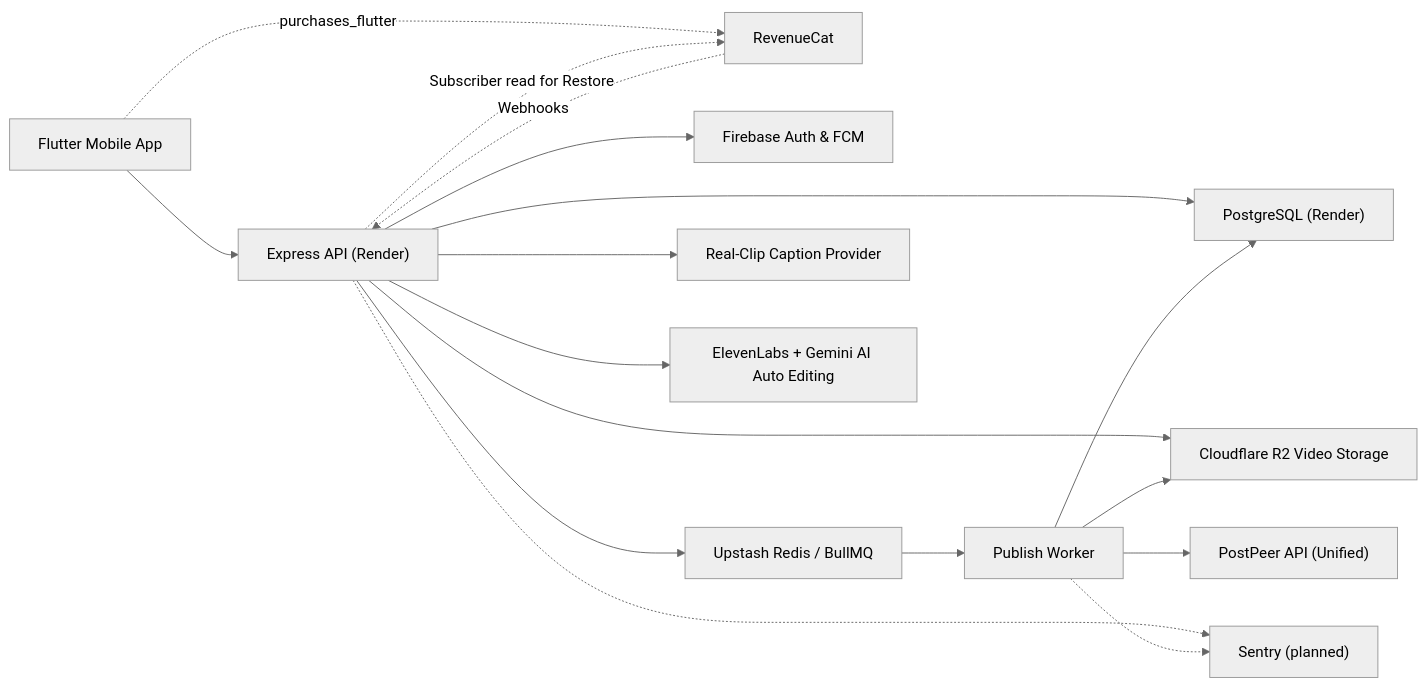
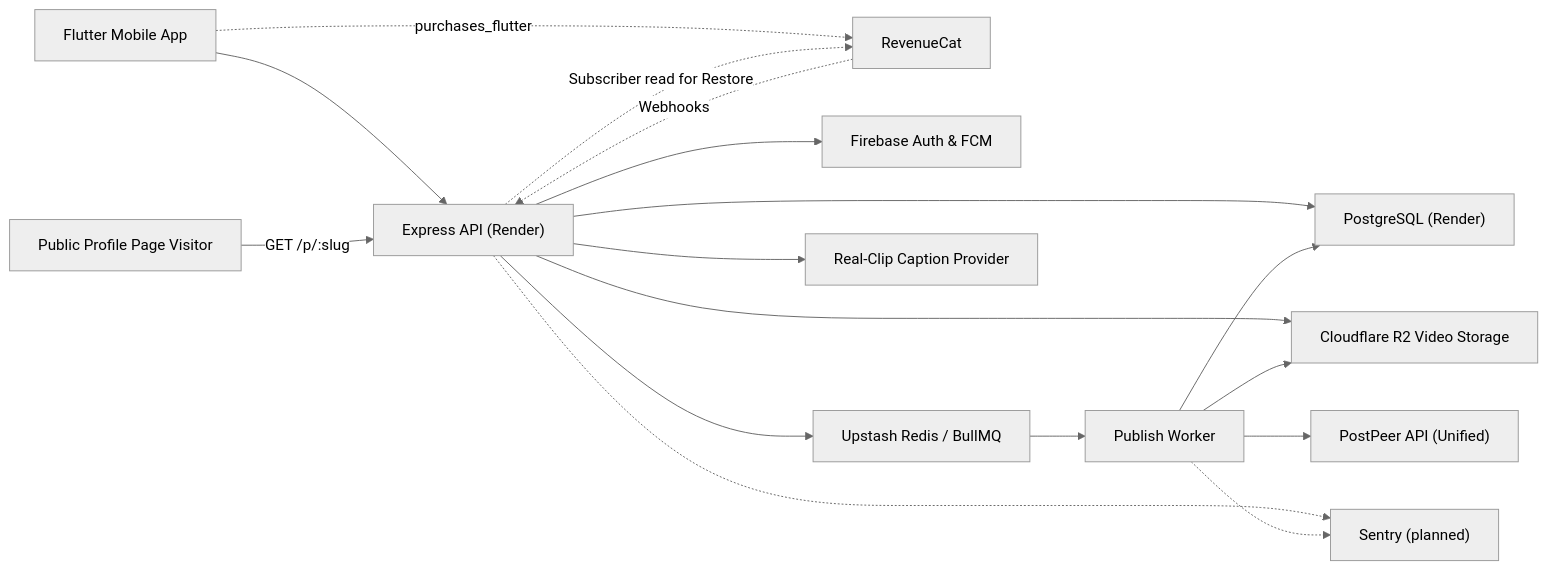
One commit to NOI56/PostDeeMobile changed the first of 8 diagrams in ARCHITECTURE.md. Above: the diagram before and after it, drawn with Mermaid (neutral theme). The commit also changed other lines of this file and 41 other files, not shown here.

Commit message:
feat: replace AI editing with publishable profile link pages

````diff
--- a/ARCHITECTURE.md
+++ b/ARCHITECTURE.md
@@ -32,19 +61,19 @@
 ```mermaid
 flowchart LR
   Mobile["Flutter Mobile App"] --> API["Express API (Render)"]
   Mobile -.->|purchases_flutter| RC["RevenueCat"]
   RC -.->|Webhooks| API
   API -.->|Subscriber read for Restore| RC
   API --> Auth["Firebase Auth & FCM"]
   API --> DB["PostgreSQL (Render)"]
   API --> Storage["Cloudflare R2 Video Storage"]
   API --> Queue["Upstash Redis / BullMQ"]
   API --> Captions["Real-Clip Caption Provider"]
-  API --> Editing["ElevenLabs + Gemini AI Auto Editing"]
+  Browser["Public Profile Page Visitor"] -->|"GET /p/:slug"| API
   Queue --> Worker["Publish Worker"]
   Worker --> Social["PostPeer API (Unified)"]
   Worker --> Storage
   Worker --> DB
   API -.-> PlannedSentry["Sentry (planned)"]
   Worker -.-> PlannedSentry
 ```
````
